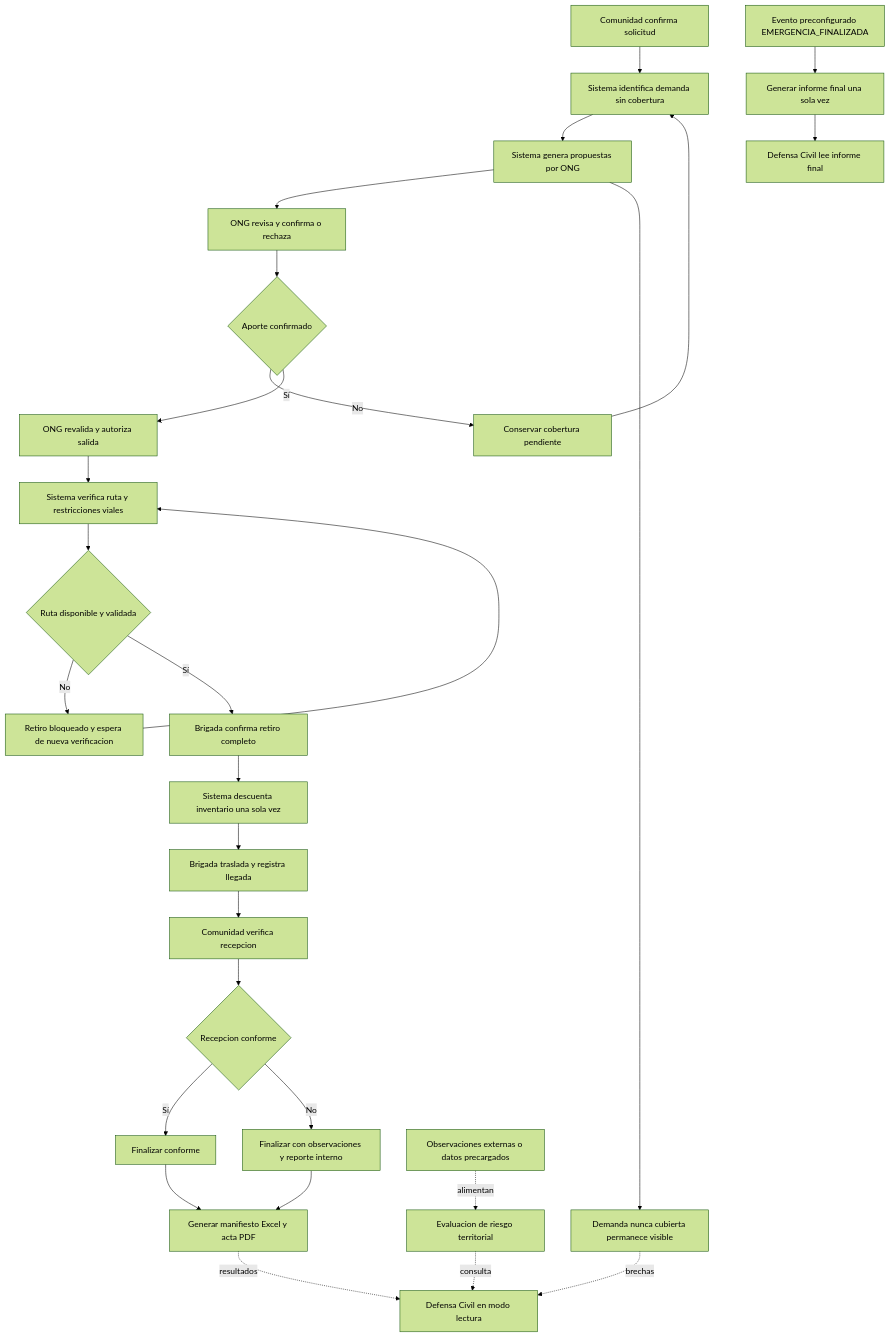
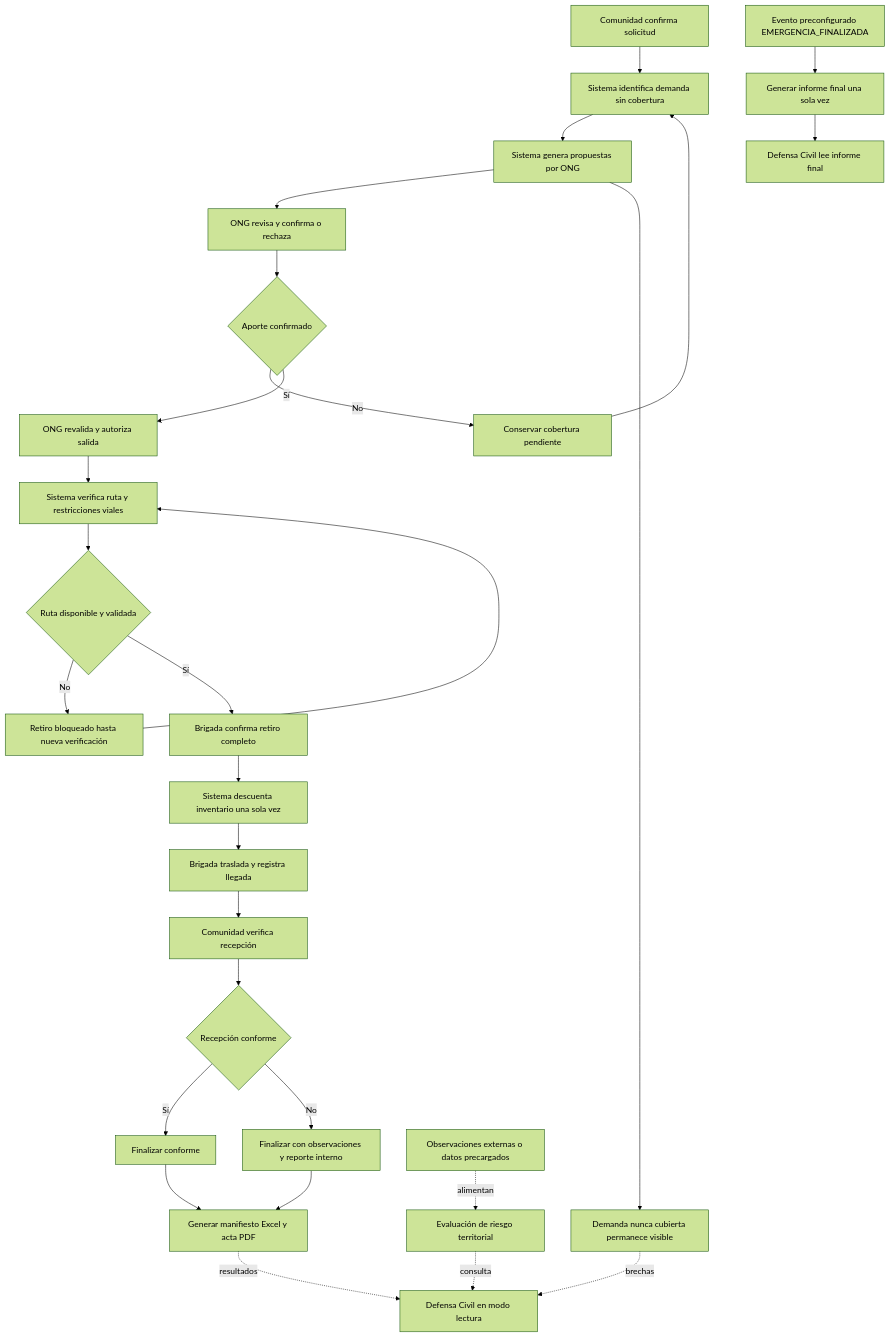
The diagram in docs/02-procesos/00-flujo-general.md (EderPanta18/alivia-humanitarian-system-design), drawn with Mermaid (forest theme) before and after one commit. The commit also changed other lines of this file and 44 other files, not shown here.

````diff
--- a/docs/02-procesos/00-flujo-general.md
+++ b/docs/02-procesos/00-flujo-general.md
@@ -17,31 +17,31 @@
 ```mermaid
 flowchart TD
     A[Comunidad confirma solicitud] --> B[Sistema identifica demanda sin cobertura]
     B --> C[Sistema genera propuestas por ONG]
     C --> D[ONG revisa y confirma o rechaza]
     D --> E{Aporte confirmado}
     E -- No --> F[Conservar cobertura pendiente]
     F --> B
     E -- Sí --> G[ONG revalida y autoriza salida]
     G --> H[Sistema verifica ruta y restricciones viales]
     H --> I{Ruta disponible y validada}
-    I -- No --> J[Retiro bloqueado y espera de nueva verificacion]
+    I -- No --> J[Retiro bloqueado hasta nueva verificación]
     J --> H
     I -- Sí --> K[Brigada confirma retiro completo]
     K --> L[Sistema descuenta inventario una sola vez]
     L --> M[Brigada traslada y registra llegada]
-    M --> N[Comunidad verifica recepcion]
-    N --> O{Recepcion conforme}
+    M --> N[Comunidad verifica recepción]
+    N --> O{Recepción conforme}
     O -- Sí --> P[Finalizar conforme]
     O -- No --> Q[Finalizar con observaciones y reporte interno]
     P --> R[Generar manifiesto Excel y acta PDF]
     Q --> R
     C --> S[Demanda nunca cubierta permanece visible]
 
-    T[Observaciones externas o datos precargados] -. alimentan .-> U[Evaluacion de riesgo territorial]
+    T[Observaciones externas o datos precargados] -. alimentan .-> U[Evaluación de riesgo territorial]
     U -. consulta .-> V[Defensa Civil en modo lectura]
     R -. resultados .-> V
     S -. brechas .-> V
     W[Evento preconfigurado EMERGENCIA_FINALIZADA] --> X[Generar informe final una sola vez]
     X --> Y[Defensa Civil lee informe final]
 ```
````
